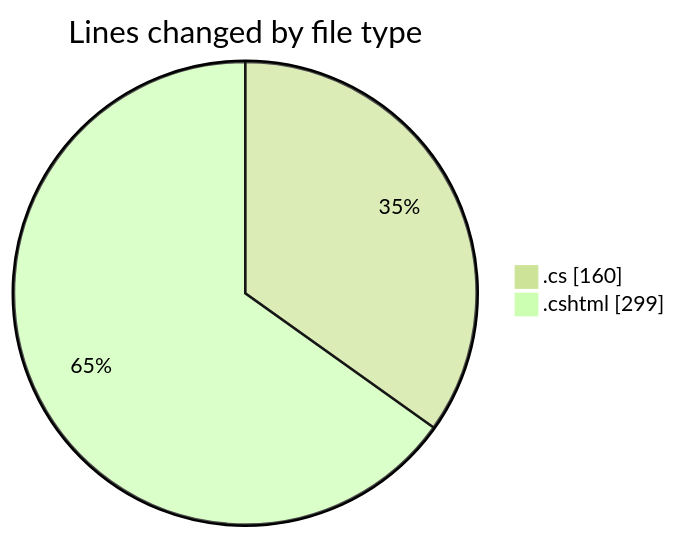
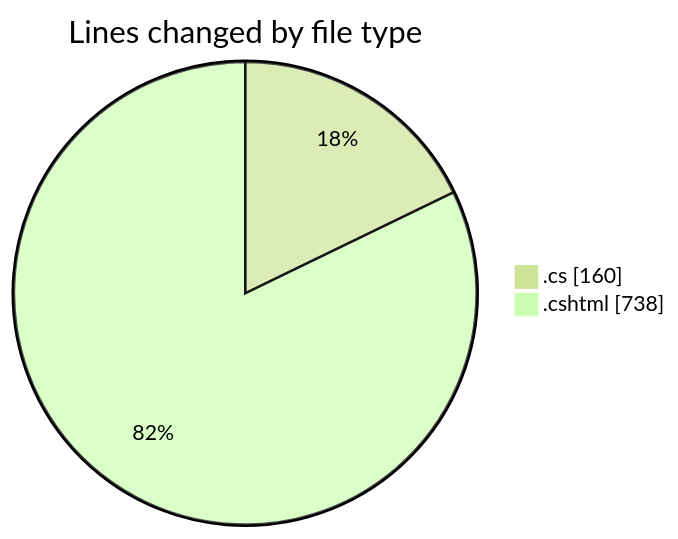
Before and after one commit to lephambinh05/code-tracking: the first of 2 diagrams in 2025-07-16/nhahang/README.md, drawn with Mermaid (forest theme). The commit also changed other lines of this file and 1 other file, not shown here.

````diff
--- a/2025-07-16/nhahang/README.md
+++ b/2025-07-16/nhahang/README.md
@@ -35,6 +40,6 @@
 ```mermaid
 pie showData
 title Lines changed by file type
 ".cs" : 160
-".cshtml" : 299
+".cshtml" : 738
 ```
````
